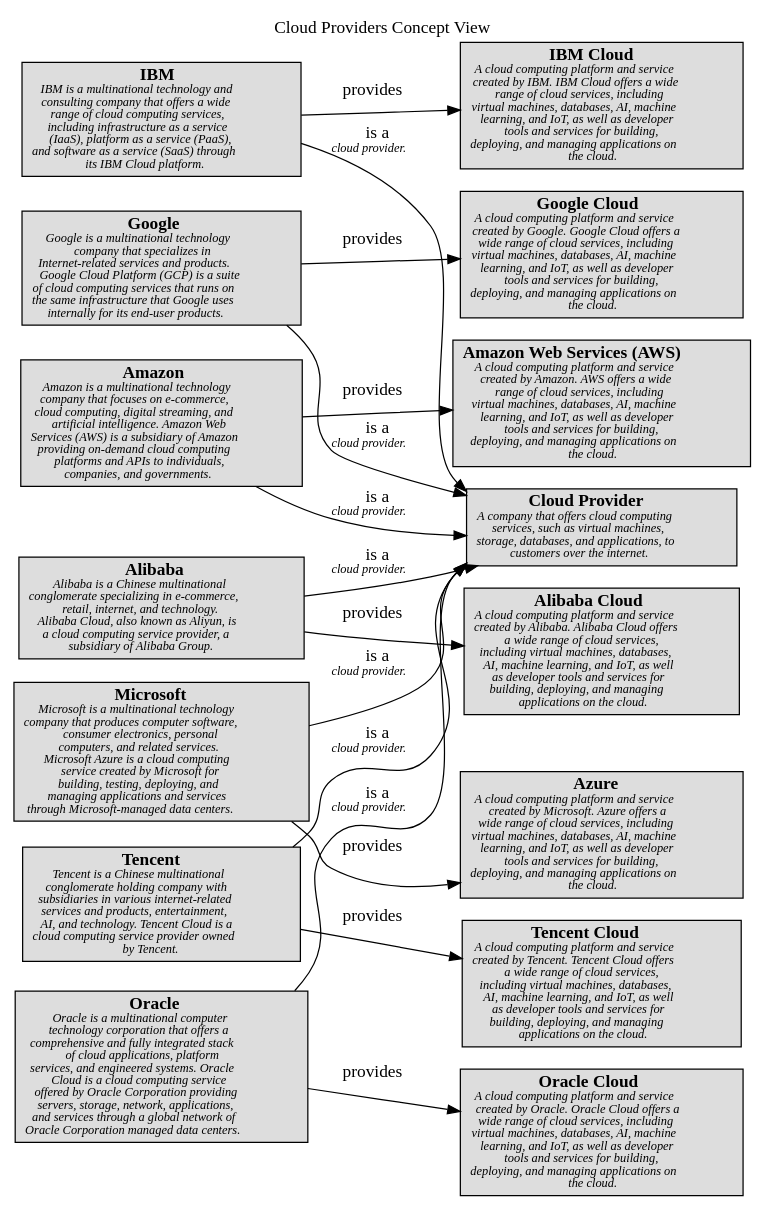
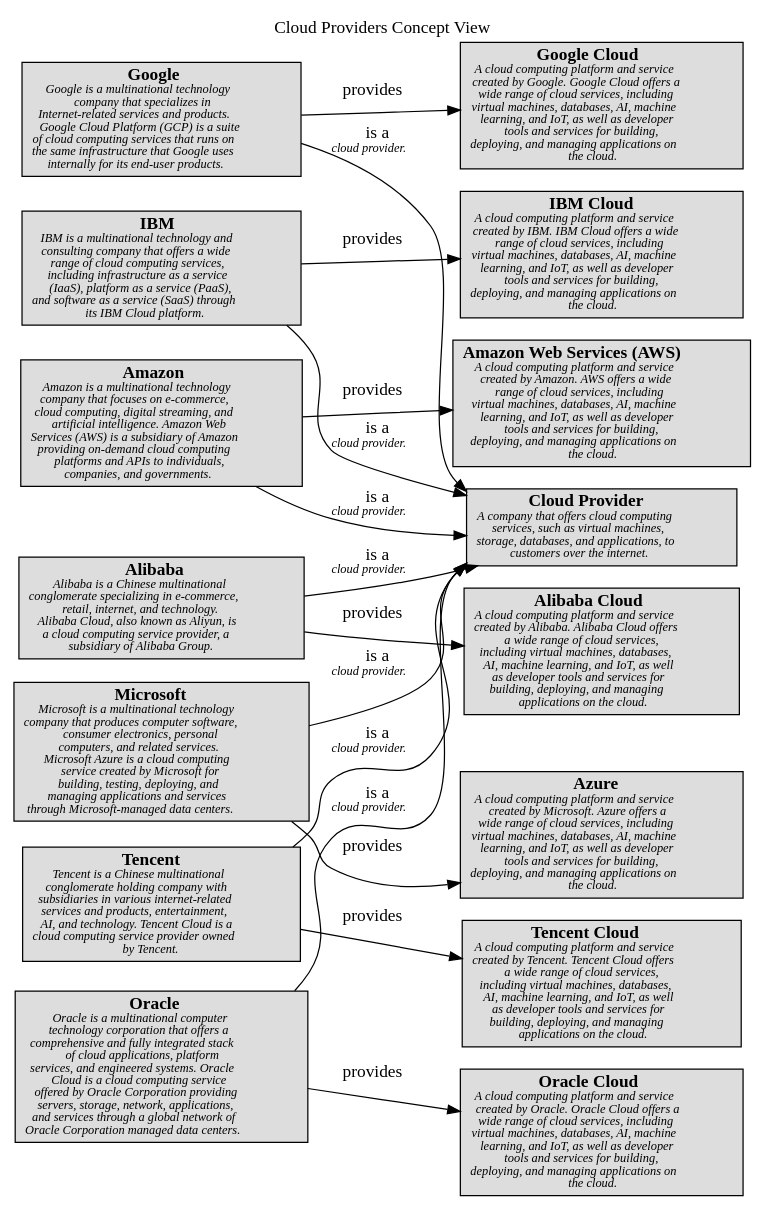
One commit to lsolbach/overarch-models changed the diagram in docs/software-development/cloud/provider/concept-view.dot. Above: the diagram before and after it, drawn with Graphviz. The commit also changed other lines of this file and 137 other files, not shown here.

```diff
--- a/docs/software-development/cloud/provider/concept-view.dot
+++ b/docs/software-development/cloud/provider/concept-view.dot
@@ -1,40 +1,40 @@
 digraph "Cloud Providers Concept View" {
   labelloc= "t"
   label="Cloud Providers Concept View"
   rankdir="LR"
 
   layout=dot
-software_development_cloud_platform__ibm_cloud [shape=box style=filled fillcolor="#dddddd" label=<<B>IBM Cloud</B><BR/><FONT POINT-SIZE="10"><I>A cloud computing platform and service<BR/>created by IBM. IBM Cloud offers a wide<BR/>range of cloud services, including<BR/>virtual machines, databases, AI, machine<BR/>learning, and IoT, as well as developer<BR/>tools and services for building,<BR/>deploying, and managing applications on<BR/>the cloud. </I></FONT>>]
 software_development_cloud_provider__google [shape=box style=filled fillcolor="#dddddd" label=<<B>Google</B><BR/><FONT POINT-SIZE="10"><I>Google is a multinational technology<BR/>company that specializes in<BR/>Internet-related services and products.<BR/>Google Cloud Platform (GCP) is a suite<BR/>of cloud computing services that runs on<BR/>the same infrastructure that Google uses<BR/>internally for its end-user products. </I></FONT>>]
 software_development_cloud_provider__ibm [shape=box style=filled fillcolor="#dddddd" label=<<B>IBM</B><BR/><FONT POINT-SIZE="10"><I>IBM is a multinational technology and<BR/>consulting company that offers a wide<BR/>range of cloud computing services,<BR/>including infrastructure as a service<BR/>(IaaS), platform as a service (PaaS),<BR/>and software as a service (SaaS) through<BR/>its IBM Cloud platform. </I></FONT>>]
 software_development_cloud_provider__amazon [shape=box style=filled fillcolor="#dddddd" label=<<B>Amazon</B><BR/><FONT POINT-SIZE="10"><I>Amazon is a multinational technology<BR/>company that focuses on e-commerce,<BR/>cloud computing, digital streaming, and<BR/>artificial intelligence. Amazon Web<BR/>Services (AWS) is a subsidiary of Amazon<BR/>providing on-demand cloud computing<BR/>platforms and APIs to individuals,<BR/>companies, and governments. </I></FONT>>]
+software_development_cloud_platform__tencent_cloud [shape=box style=filled fillcolor="#dddddd" label=<<B>Tencent Cloud</B><BR/><FONT POINT-SIZE="10"><I>A cloud computing platform and service<BR/>created by Tencent. Tencent Cloud offers<BR/>a wide range of cloud services,<BR/>including virtual machines, databases,<BR/>AI, machine learning, and IoT, as well<BR/>as developer tools and services for<BR/>building, deploying, and managing<BR/>applications on the cloud. </I></FONT>>]
 software_development_cloud_platform__google_cloud [shape=box style=filled fillcolor="#dddddd" label=<<B>Google Cloud</B><BR/><FONT POINT-SIZE="10"><I>A cloud computing platform and service<BR/>created by Google. Google Cloud offers a<BR/>wide range of cloud services, including<BR/>virtual machines, databases, AI, machine<BR/>learning, and IoT, as well as developer<BR/>tools and services for building,<BR/>deploying, and managing applications on<BR/>the cloud. </I></FONT>>]
+software_development_cloud_platform__ibm_cloud [shape=box style=filled fillcolor="#dddddd" label=<<B>IBM Cloud</B><BR/><FONT POINT-SIZE="10"><I>A cloud computing platform and service<BR/>created by IBM. IBM Cloud offers a wide<BR/>range of cloud services, including<BR/>virtual machines, databases, AI, machine<BR/>learning, and IoT, as well as developer<BR/>tools and services for building,<BR/>deploying, and managing applications on<BR/>the cloud. </I></FONT>>]
+software_development_cloud_provider__alibaba [shape=box style=filled fillcolor="#dddddd" label=<<B>Alibaba</B><BR/><FONT POINT-SIZE="10"><I>Alibaba is a Chinese multinational<BR/>conglomerate specializing in e-commerce,<BR/>retail, internet, and technology.<BR/>Alibaba Cloud, also known as Aliyun, is<BR/>a cloud computing service provider, a<BR/>subsidiary of Alibaba Group. </I></FONT>>]
 software_development_cloud_platform__azure [shape=box style=filled fillcolor="#dddddd" label=<<B>Azure</B><BR/><FONT POINT-SIZE="10"><I>A cloud computing platform and service<BR/>created by Microsoft. Azure offers a<BR/>wide range of cloud services, including<BR/>virtual machines, databases, AI, machine<BR/>learning, and IoT, as well as developer<BR/>tools and services for building,<BR/>deploying, and managing applications on<BR/>the cloud. </I></FONT>>]
-software_development_cloud_provider__alibaba [shape=box style=filled fillcolor="#dddddd" label=<<B>Alibaba</B><BR/><FONT POINT-SIZE="10"><I>Alibaba is a Chinese multinational<BR/>conglomerate specializing in e-commerce,<BR/>retail, internet, and technology.<BR/>Alibaba Cloud, also known as Aliyun, is<BR/>a cloud computing service provider, a<BR/>subsidiary of Alibaba Group. </I></FONT>>]
+software_development_cloud_provider__microsoft [shape=box style=filled fillcolor="#dddddd" label=<<B>Microsoft</B><BR/><FONT POINT-SIZE="10"><I>Microsoft is a multinational technology<BR/>company that produces computer software,<BR/>consumer electronics, personal<BR/>computers, and related services.<BR/>Microsoft Azure is a cloud computing<BR/>service created by Microsoft for<BR/>building, testing, deploying, and<BR/>managing applications and services<BR/>through Microsoft-managed data centers. </I></FONT>>]
 software_development_cloud__cloud_provider [shape=box style=filled fillcolor="#dddddd" label=<<B>Cloud Provider</B><BR/><FONT POINT-SIZE="10"><I>A company that offers cloud computing<BR/>services, such as virtual machines,<BR/>storage, databases, and applications, to<BR/>customers over the internet. </I></FONT>>]
-software_development_cloud_provider__microsoft [shape=box style=filled fillcolor="#dddddd" label=<<B>Microsoft</B><BR/><FONT POINT-SIZE="10"><I>Microsoft is a multinational technology<BR/>company that produces computer software,<BR/>consumer electronics, personal<BR/>computers, and related services.<BR/>Microsoft Azure is a cloud computing<BR/>service created by Microsoft for<BR/>building, testing, deploying, and<BR/>managing applications and services<BR/>through Microsoft-managed data centers. </I></FONT>>]
 software_development_cloud_provider__tencent [shape=box style=filled fillcolor="#dddddd" label=<<B>Tencent</B><BR/><FONT POINT-SIZE="10"><I>Tencent is a Chinese multinational<BR/>conglomerate holding company with<BR/>subsidiaries in various internet-related<BR/>services and products, entertainment,<BR/>AI, and technology. Tencent Cloud is a<BR/>cloud computing service provider owned<BR/>by Tencent. </I></FONT>>]
+software_development_cloud_platform__aws [shape=box style=filled fillcolor="#dddddd" label=<<B>Amazon Web Services (AWS)</B><BR/><FONT POINT-SIZE="10"><I>A cloud computing platform and service<BR/>created by Amazon. AWS offers a wide<BR/>range of cloud services, including<BR/>virtual machines, databases, AI, machine<BR/>learning, and IoT, as well as developer<BR/>tools and services for building,<BR/>deploying, and managing applications on<BR/>the cloud. </I></FONT>>]
+software_development_cloud_platform__oracle_cloud [shape=box style=filled fillcolor="#dddddd" label=<<B>Oracle Cloud</B><BR/><FONT POINT-SIZE="10"><I>A cloud computing platform and service<BR/>created by Oracle. Oracle Cloud offers a<BR/>wide range of cloud services, including<BR/>virtual machines, databases, AI, machine<BR/>learning, and IoT, as well as developer<BR/>tools and services for building,<BR/>deploying, and managing applications on<BR/>the cloud. </I></FONT>>]
+software_development_cloud_provider__oracle [shape=box style=filled fillcolor="#dddddd" label=<<B>Oracle</B><BR/><FONT POINT-SIZE="10"><I>Oracle is a multinational computer<BR/>technology corporation that offers a<BR/>comprehensive and fully integrated stack<BR/>of cloud applications, platform<BR/>services, and engineered systems. Oracle<BR/>Cloud is a cloud computing service<BR/>offered by Oracle Corporation providing<BR/>servers, storage, network, applications,<BR/>and services through a global network of<BR/>Oracle Corporation managed data centers. </I></FONT>>]
 software_development_cloud_platform__alibaba_cloud [shape=box style=filled fillcolor="#dddddd" label=<<B>Alibaba Cloud</B><BR/><FONT POINT-SIZE="10"><I>A cloud computing platform and service<BR/>created by Alibaba. Alibaba Cloud offers<BR/>a wide range of cloud services,<BR/>including virtual machines, databases,<BR/>AI, machine learning, and IoT, as well<BR/>as developer tools and services for<BR/>building, deploying, and managing<BR/>applications on the cloud. </I></FONT>>]
-software_development_cloud_platform__aws [shape=box style=filled fillcolor="#dddddd" label=<<B>Amazon Web Services (AWS)</B><BR/><FONT POINT-SIZE="10"><I>A cloud computing platform and service<BR/>created by Amazon. AWS offers a wide<BR/>range of cloud services, including<BR/>virtual machines, databases, AI, machine<BR/>learning, and IoT, as well as developer<BR/>tools and services for building,<BR/>deploying, and managing applications on<BR/>the cloud. </I></FONT>>]
-software_development_cloud_provider__oracle [shape=box style=filled fillcolor="#dddddd" label=<<B>Oracle</B><BR/><FONT POINT-SIZE="10"><I>Oracle is a multinational computer<BR/>technology corporation that offers a<BR/>comprehensive and fully integrated stack<BR/>of cloud applications, platform<BR/>services, and engineered systems. Oracle<BR/>Cloud is a cloud computing service<BR/>offered by Oracle Corporation providing<BR/>servers, storage, network, applications,<BR/>and services through a global network of<BR/>Oracle Corporation managed data centers. </I></FONT>>]
-software_development_cloud_platform__tencent_cloud [shape=box style=filled fillcolor="#dddddd" label=<<B>Tencent Cloud</B><BR/><FONT POINT-SIZE="10"><I>A cloud computing platform and service<BR/>created by Tencent. Tencent Cloud offers<BR/>a wide range of cloud services,<BR/>including virtual machines, databases,<BR/>AI, machine learning, and IoT, as well<BR/>as developer tools and services for<BR/>building, deploying, and managing<BR/>applications on the cloud. </I></FONT>>]
-software_development_cloud_platform__oracle_cloud [shape=box style=filled fillcolor="#dddddd" label=<<B>Oracle Cloud</B><BR/><FONT POINT-SIZE="10"><I>A cloud computing platform and service<BR/>created by Oracle. Oracle Cloud offers a<BR/>wide range of cloud services, including<BR/>virtual machines, databases, AI, machine<BR/>learning, and IoT, as well as developer<BR/>tools and services for building,<BR/>deploying, and managing applications on<BR/>the cloud. </I></FONT>>]
  
 software_development_cloud_provider__alibaba -> software_development_cloud__cloud_provider [label=<is a<BR/><FONT POINT-SIZE="10"><I>cloud provider. </I></FONT>>]
 software_development_cloud_provider__alibaba -> software_development_cloud_platform__alibaba_cloud [label=<provides<BR/><FONT POINT-SIZE="10"><I> </I></FONT>>]
 software_development_cloud_provider__google -> software_development_cloud__cloud_provider [label=<is a<BR/><FONT POINT-SIZE="10"><I>cloud provider. </I></FONT>>]
 software_development_cloud_provider__ibm -> software_development_cloud_platform__ibm_cloud [label=<provides<BR/><FONT POINT-SIZE="10"><I> </I></FONT>>]
 software_development_cloud_provider__oracle -> software_development_cloud__cloud_provider [label=<is a<BR/><FONT POINT-SIZE="10"><I>cloud provider. </I></FONT>>]
 software_development_cloud_provider__oracle -> software_development_cloud_platform__oracle_cloud [label=<provides<BR/><FONT POINT-SIZE="10"><I> </I></FONT>>]
 software_development_cloud_provider__amazon -> software_development_cloud_platform__aws [label=<provides<BR/><FONT POINT-SIZE="10"><I> </I></FONT>>]
 software_development_cloud_provider__tencent -> software_development_cloud__cloud_provider [label=<is a<BR/><FONT POINT-SIZE="10"><I>cloud provider. </I></FONT>>]
 software_development_cloud_provider__microsoft -> software_development_cloud_platform__azure [label=<provides<BR/><FONT POINT-SIZE="10"><I> </I></FONT>>]
 software_development_cloud_provider__tencent -> software_development_cloud_platform__tencent_cloud [label=<provides<BR/><FONT POINT-SIZE="10"><I> </I></FONT>>]
 software_development_cloud_provider__microsoft -> software_development_cloud__cloud_provider [label=<is a<BR/><FONT POINT-SIZE="10"><I>cloud provider. </I></FONT>>]
 software_development_cloud_provider__ibm -> software_development_cloud__cloud_provider [label=<is a<BR/><FONT POINT-SIZE="10"><I>cloud provider. </I></FONT>>]
 software_development_cloud_provider__google -> software_development_cloud_platform__google_cloud [label=<provides<BR/><FONT POINT-SIZE="10"><I> </I></FONT>>]
 software_development_cloud_provider__amazon -> software_development_cloud__cloud_provider [label=<is a<BR/><FONT POINT-SIZE="10"><I>cloud provider. </I></FONT>>]
  
 }
 
 // (generated by Overarch with template views/view.dot.cmb)
```
